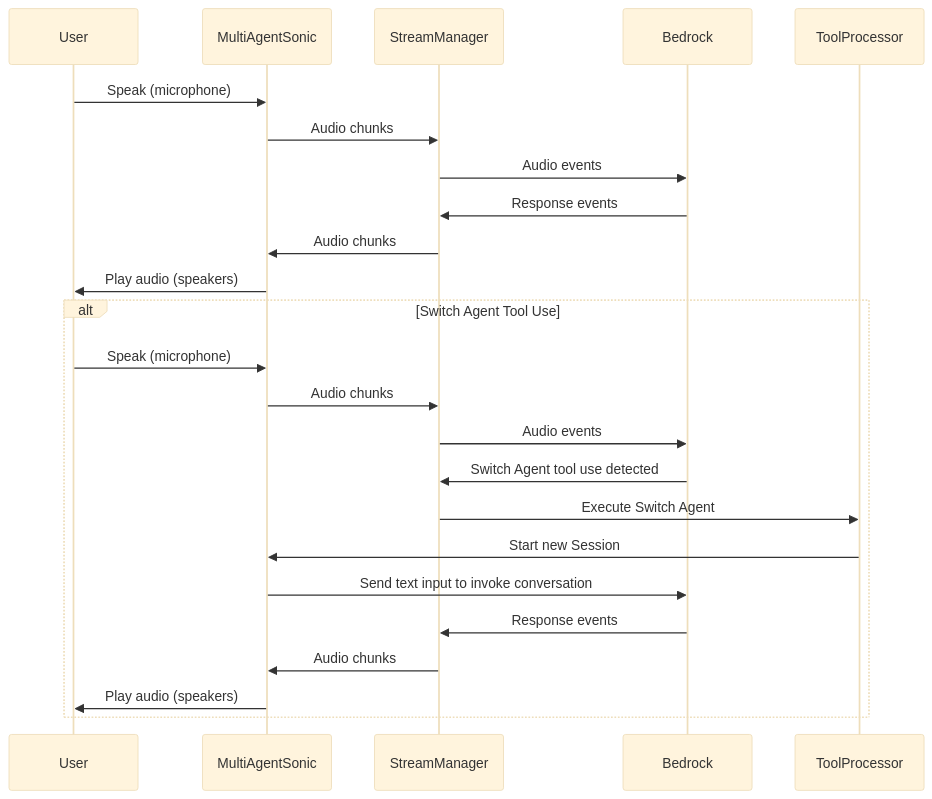
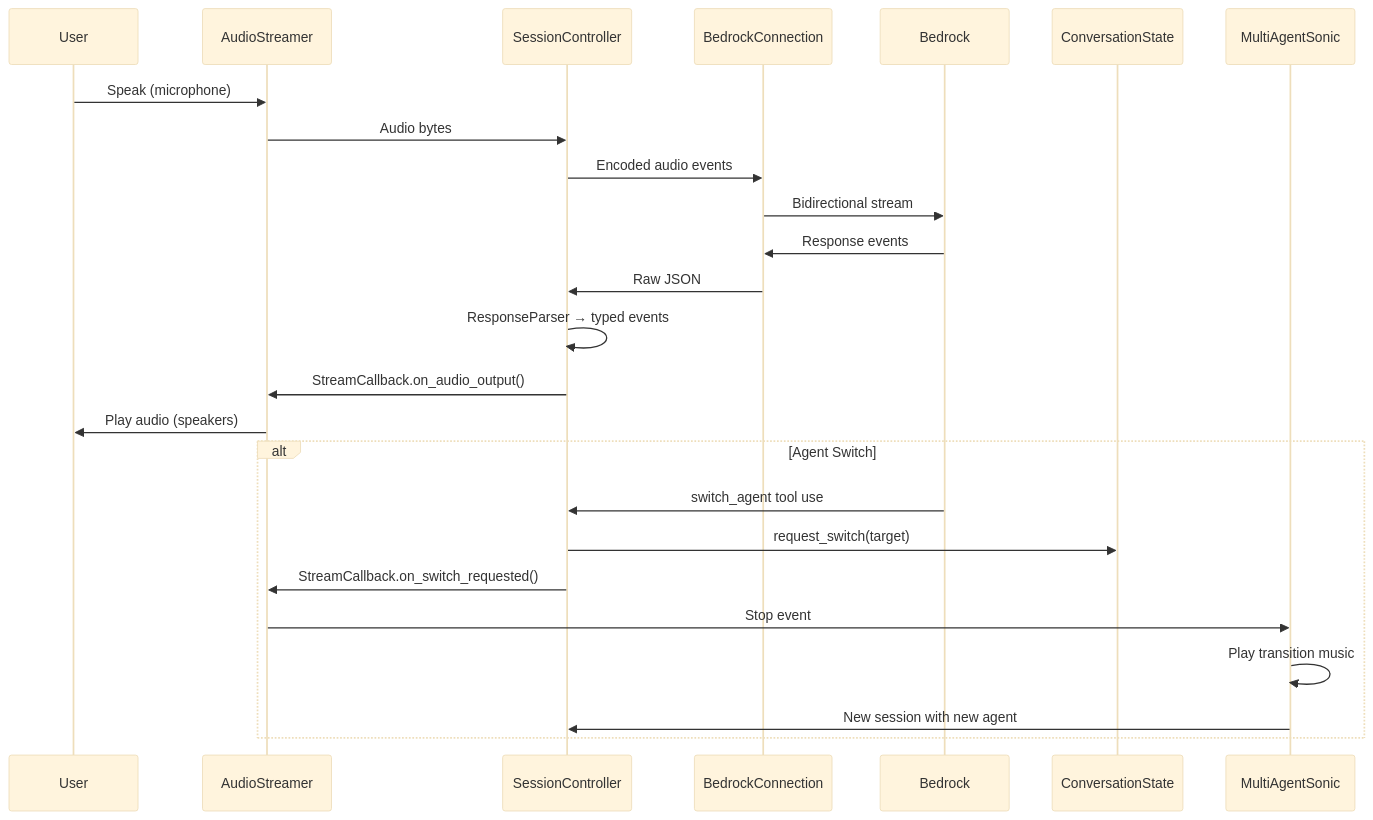
Before and after one commit to aws-samples/amazon-nova-samples: the first of 2 diagrams in speech-to-speech/amazon-nova-2-sonic/repeatable-patterns/conversation-transfer/README.md, drawn with Mermaid (base theme). The commit also changed other lines of this file and 30 other files, not shown here.

````diff
--- a/speech-to-speech/amazon-nova-2-sonic/repeatable-patterns/conversation-transfer/README.md
+++ b/speech-to-speech/amazon-nova-2-sonic/repeatable-patterns/conversation-transfer/README.md
@@ -109,29 +110,27 @@
 ```mermaid
 sequenceDiagram
     participant User
-    participant MultiAgentSonic
-    participant StreamManager
+    participant AudioStreamer
+    participant SessionController
+    participant BedrockConnection
     participant Bedrock
-    participant ToolProcessor
 
-    User->>MultiAgentSonic: Speak (microphone)
-    MultiAgentSonic->>StreamManager: Audio chunks
-    StreamManager->>Bedrock: Audio events
-    Bedrock->>StreamManager: Response events
-    StreamManager->>MultiAgentSonic: Audio chunks
-    MultiAgentSonic->>User: Play audio (speakers)
-    
+    User->>AudioStreamer: Speak (microphone)
+    AudioStreamer->>SessionController: Audio bytes
+    SessionController->>BedrockConnection: Encoded audio events
+    BedrockConnection->>Bedrock: Bidirectional stream
+    Bedrock->>BedrockConnection: Response events
+    BedrockConnection->>SessionController: Raw JSON
+    SessionController->>SessionController: ResponseParser → typed events
+    SessionController->>AudioStreamer: StreamCallback.on_audio_output()
+    AudioStreamer->>User: Play audio (speakers)
 
-    alt Switch Agent Tool Use
-        User->>MultiAgentSonic: Speak (microphone)
-        MultiAgentSonic->>StreamManager: Audio chunks
-        StreamManager->>Bedrock: Audio events
-        Bedrock->>StreamManager:  Switch Agent tool use detected
-        StreamManager->>ToolProcessor: Execute Switch Agent
-        ToolProcessor->>MultiAgentSonic: Start new Session
-        MultiAgentSonic->>Bedrock: Send text input to invoke conversation
-        Bedrock->>StreamManager: Response events
-        StreamManager->>MultiAgentSonic: Audio chunks
-        MultiAgentSonic->>User: Play audio (speakers)
+    alt Agent Switch
+        Bedrock->>SessionController: switch_agent tool use
+        SessionController->>ConversationState: request_switch(target)
+        SessionController->>AudioStreamer: StreamCallback.on_switch_requested()
+        AudioStreamer->>MultiAgentSonic: Stop event
+        MultiAgentSonic->>MultiAgentSonic: Play transition music
+        MultiAgentSonic->>SessionController: New session with new agent
     end
 ```
````
